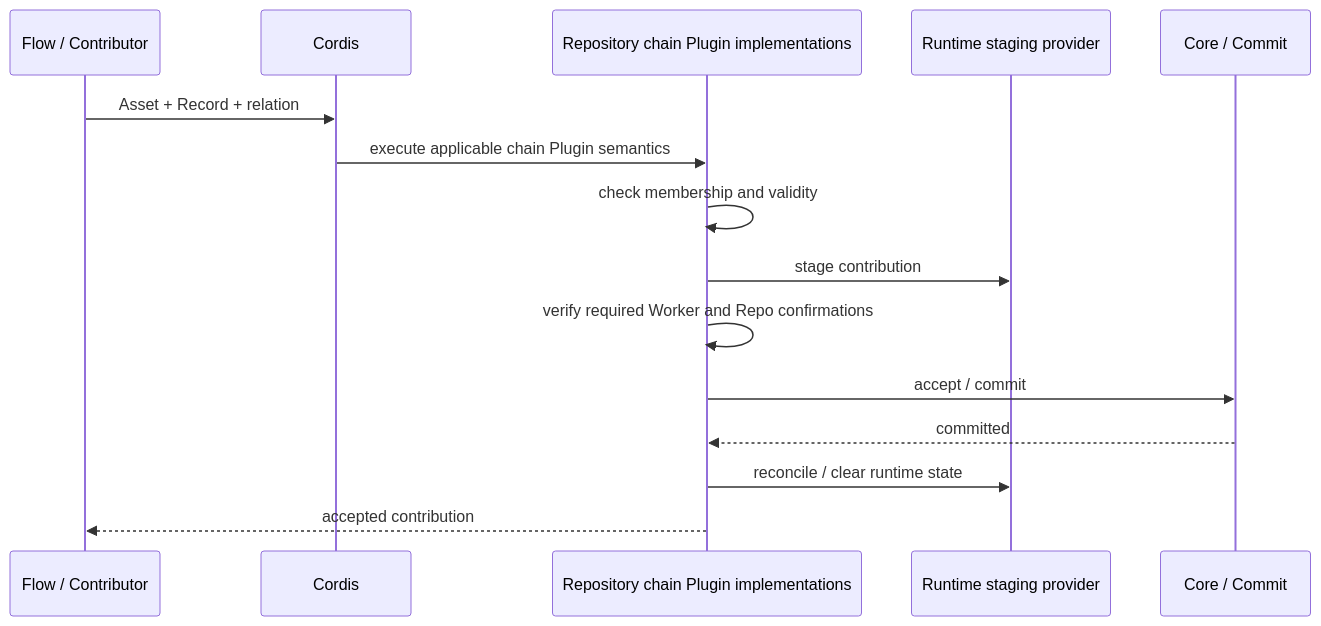
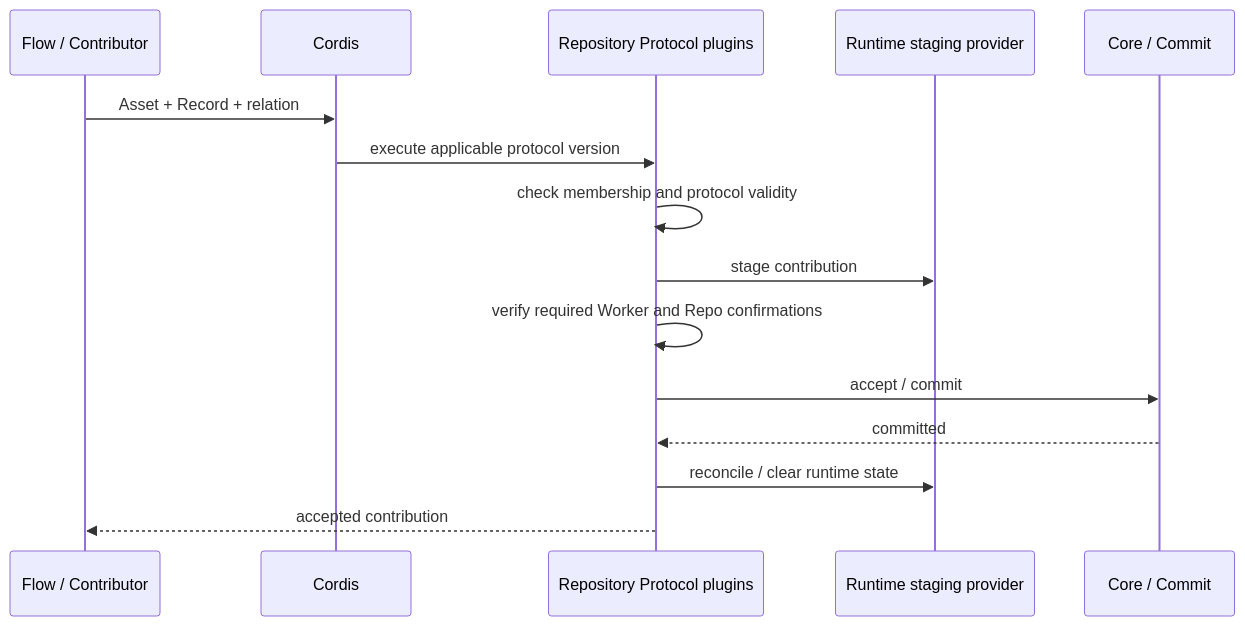
One commit to labourchain/repository changed the third of 4 diagrams in docs/architecture.md. Above: the diagram before and after it, drawn with Mermaid. The commit also changed other lines of this file, not shown here.

Commit message:
docs: restore accepted Protocol architecture

````diff
--- a/docs/architecture.md
+++ b/docs/architecture.md
@@ -140,18 +145,18 @@
 ```mermaid
 sequenceDiagram
     participant Consumer as Flow / Contributor
     participant Cordis as Cordis
-    participant Plugin as Repository chain Plugin implementations
+    participant Protocol as Repository Protocol plugins
     participant Stage as Runtime staging provider
     participant Core as Core / Commit
 
     Consumer->>Cordis: Asset + Record + relation
-    Cordis->>Plugin: execute applicable chain Plugin semantics
-    Plugin->>Plugin: check membership and validity
-    Plugin->>Stage: stage contribution
-    Plugin->>Plugin: verify required Worker and Repo confirmations
-    Plugin->>Core: accept / commit
-    Core-->>Plugin: committed
-    Plugin->>Stage: reconcile / clear runtime state
-    Plugin-->>Consumer: accepted contribution
+    Cordis->>Protocol: execute applicable protocol version
+    Protocol->>Protocol: check membership and protocol validity
+    Protocol->>Stage: stage contribution
+    Protocol->>Protocol: verify required Worker and Repo confirmations
+    Protocol->>Core: accept / commit
+    Core-->>Protocol: committed
+    Protocol->>Stage: reconcile / clear runtime state
+    Protocol-->>Consumer: accepted contribution
 ```
````
